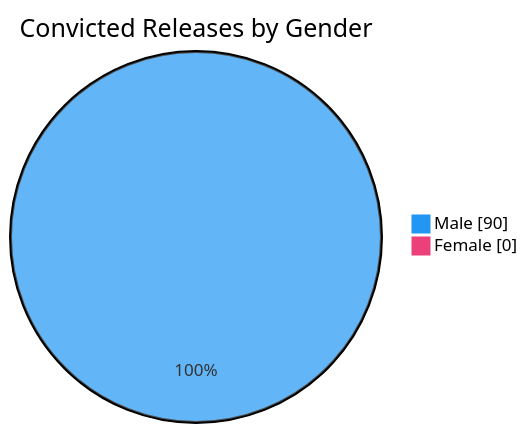
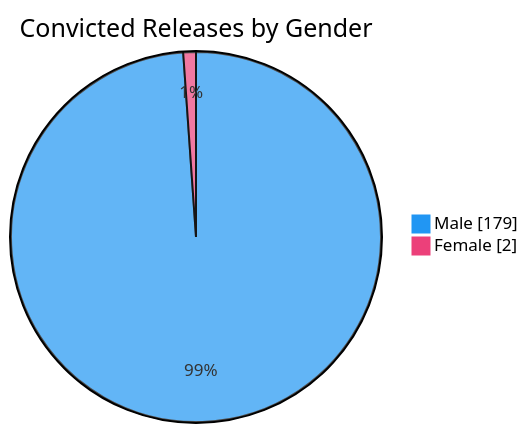
One commit to nuuuwan/lk_prisons changed the sixth of 7 diagrams in README.md. Above: the diagram before and after it, drawn with Mermaid. The commit also changed other lines of this file and 1 other file, not shown here.

````diff
--- a/README.md
+++ b/README.md
@@ -98,6 +98,6 @@
 ```mermaid
 %%{init: {'themeVariables': {'pie1': '#2196F3', 'pie2': '#EC407A'}}}%%
 pie showData title Convicted Releases by Gender
-    "Male" : 90
-    "Female" : 0
+    "Male" : 179
+    "Female" : 2
 ```
````
